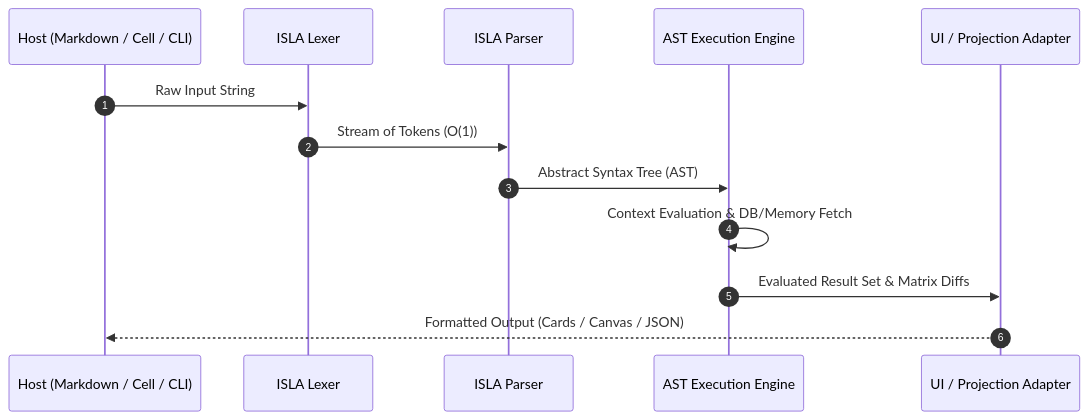
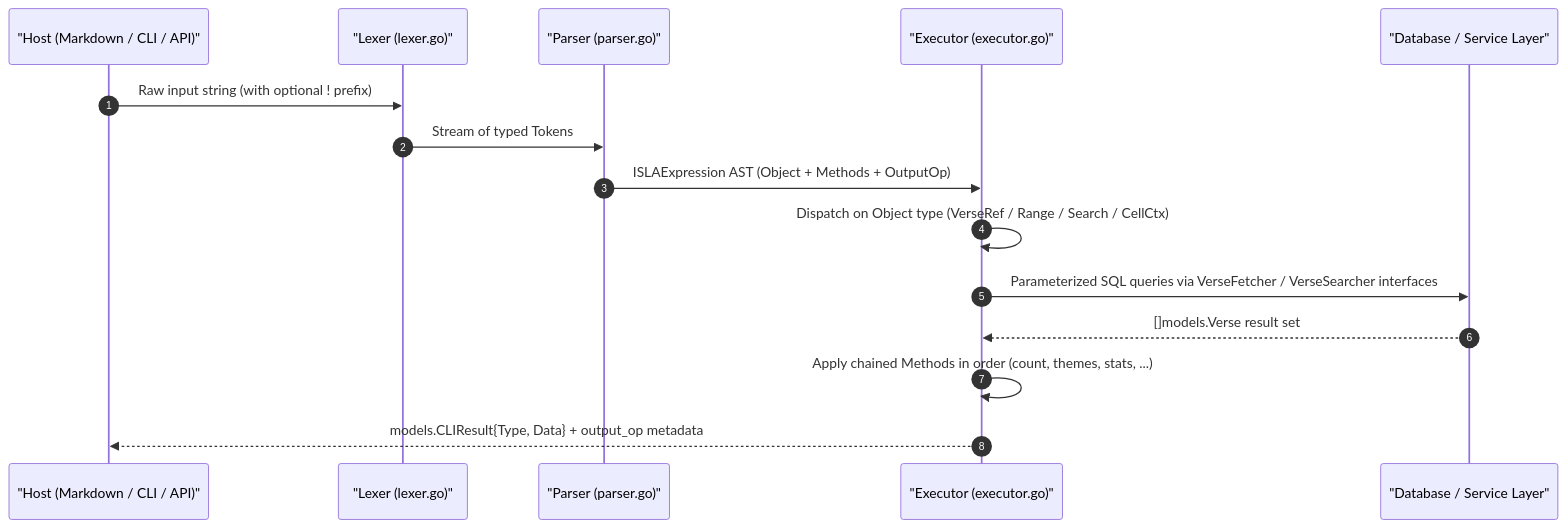
One commit to mvirtai/clible-v3-go changed the second of 3 diagrams in docs/architecture/isla-specification.md. Above: the diagram before and after it, drawn with Mermaid. The commit also changed other lines of this file and 70 other files, not shown here.

First line of the commit message:
feat: isla editor syntax highlighting, intellisense and output routing (#87)

````diff
--- a/docs/architecture/isla-specification.md
+++ b/docs/architecture/isla-specification.md
@@ -170,16 +208,18 @@
 ```mermaid
 sequenceDiagram
     autonumber
-    participant Host as Host (Markdown / Cell / CLI)
-    participant Lexer as ISLA Lexer
-    participant Parser as ISLA Parser
-    participant Engine as AST Execution Engine
-    participant Renderer as UI / Projection Adapter
+    participant Host as "Host (Markdown / CLI / API)"
+    participant Lexer as "Lexer (lexer.go)"
+    participant Parser as "Parser (parser.go)"
+    participant Engine as "Executor (executor.go)"
+    participant DB as "Database / Service Layer"
 
-    Host->>Lexer: Raw Input String
-    Lexer->>Parser: Stream of Tokens (O(1))
-    Parser->>Engine: Abstract Syntax Tree (AST)
-    Engine->>Engine: Context Evaluation & DB/Memory Fetch
-    Engine->>Renderer: Evaluated Result Set & Matrix Diffs
-    Renderer-->>Host: Formatted Output (Cards / Canvas / JSON)
+    Host->>Lexer: Raw input string (with optional ! prefix)
+    Lexer->>Parser: Stream of typed Tokens
+    Parser->>Engine: ISLAExpression AST (Object + Methods + OutputOp)
+    Engine->>Engine: Dispatch on Object type (VerseRef / Range / Search / CellCtx)
+    Engine->>DB: Parameterized SQL queries via VerseFetcher / VerseSearcher interfaces
+    DB-->>Engine: []models.Verse result set
+    Engine->>Engine: Apply chained Methods in order (count, themes, stats, ...)
+    Engine-->>Host: models.CLIResult{Type, Data} + output_op metadata
 ```
````
